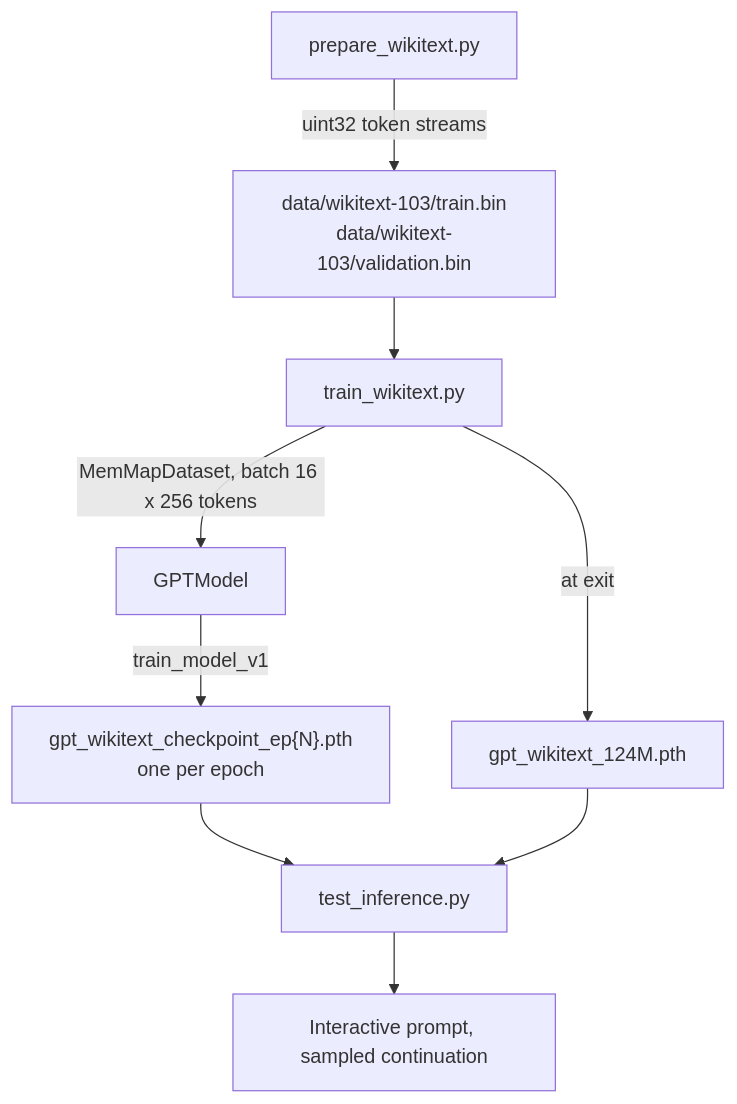
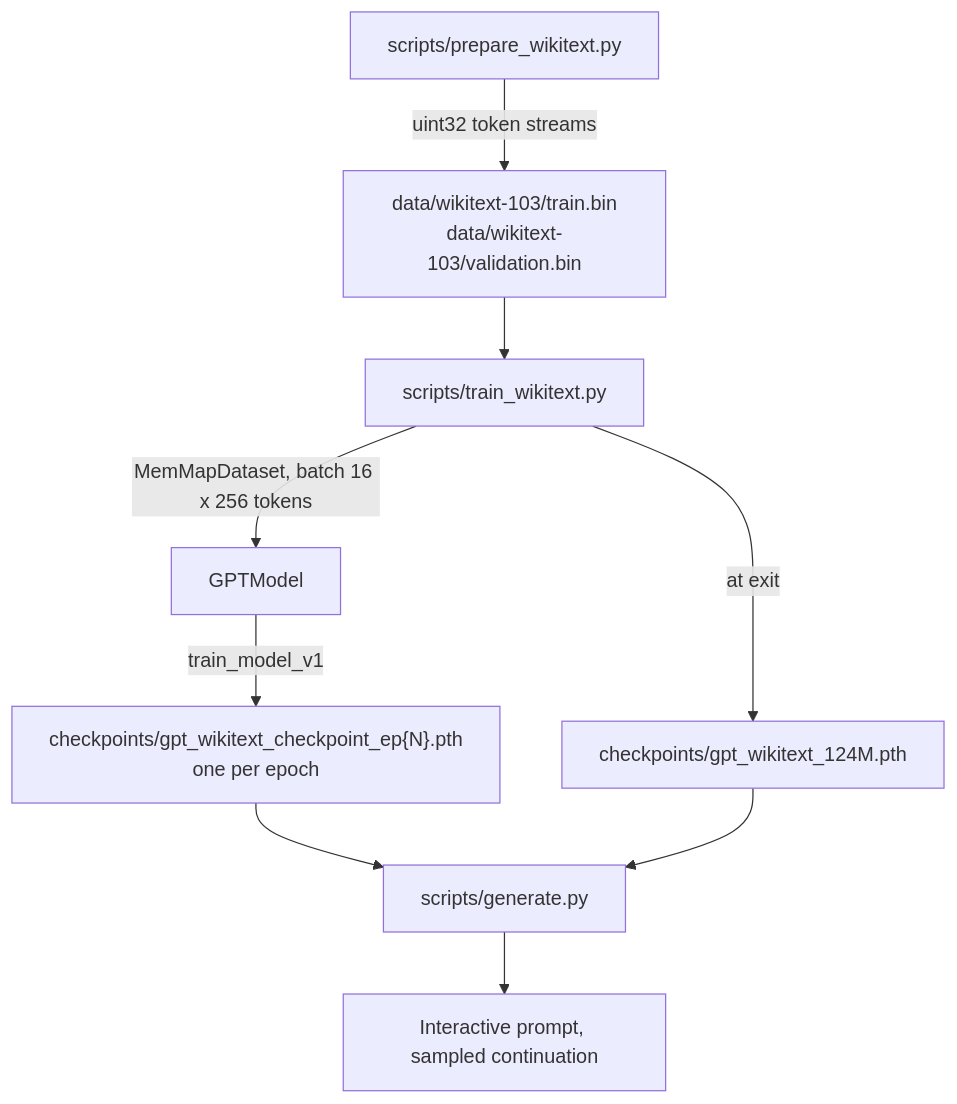
One commit to crrankyy/mini-llm changed the diagram in docs/README.md. Above: the diagram before and after it, drawn with Mermaid. The commit also changed other lines of this file and 9 other files, not shown here.

````diff
--- a/docs/README.md
+++ b/docs/README.md
@@ -34,11 +43,11 @@
 ```mermaid
 flowchart TD
-    A[prepare_wikitext.py] -->|uint32 token streams| B["data/wikitext-103/train.bin<br/>data/wikitext-103/validation.bin"]
-    B --> C[train_wikitext.py]
+    A[scripts/prepare_wikitext.py] -->|uint32 token streams| B["data/wikitext-103/train.bin<br/>data/wikitext-103/validation.bin"]
+    B --> C[scripts/train_wikitext.py]
     C -->|MemMapDataset, batch 16 x 256 tokens| D[GPTModel]
-    D -->|train_model_v1| E["gpt_wikitext_checkpoint_ep{N}.pth<br/>one per epoch"]
-    C -->|at exit| F[gpt_wikitext_124M.pth]
-    E --> G[test_inference.py]
+    D -->|train_model_v1| E["checkpoints/gpt_wikitext_checkpoint_ep{N}.pth<br/>one per epoch"]
+    C -->|at exit| F[checkpoints/gpt_wikitext_124M.pth]
+    E --> G[scripts/generate.py]
     F --> G
     G --> H[Interactive prompt, sampled continuation]
 ```
````
